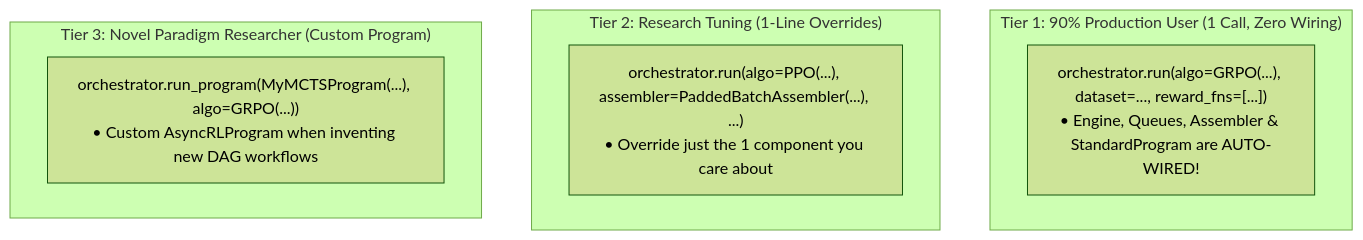
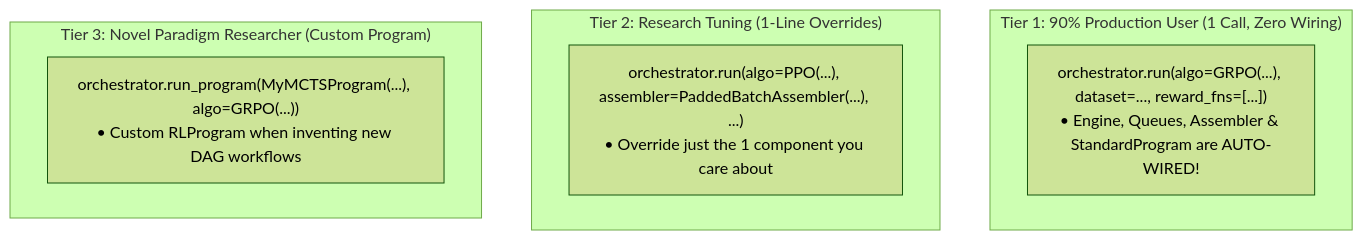
One commit to google/tunix changed the third of 6 diagrams in tunix/experimental/docs/orchestrator_plan_v2.md. Above: the diagram before and after it, drawn with Mermaid (forest theme). The commit also changed other lines of this file and 7 other files, not shown here.

````diff
--- a/tunix/experimental/docs/orchestrator_plan_v2.md
+++ b/tunix/experimental/docs/orchestrator_plan_v2.md
@@ -108,14 +108,14 @@
 ```mermaid
 graph TD
     subgraph T1 ["Tier 1: 90% Production User (1 Call, Zero Wiring)"]
         E1["orchestrator.run(algo=GRPO(...), dataset=..., reward_fns=[...])<br/>• Engine, Queues, Assembler & StandardProgram are AUTO-WIRED!"]
     end
 
     subgraph T2 ["Tier 2: Research Tuning (1-Line Overrides)"]
         E2["orchestrator.run(algo=PPO(...), assembler=PaddedBatchAssembler(...), ...)<br/>• Override just the 1 component you care about"]
     end
 
     subgraph T3 ["Tier 3: Novel Paradigm Researcher (Custom Program)"]
-        E3["orchestrator.run_program(MyMCTSProgram(...), algo=GRPO(...))<br/>• Custom AsyncRLProgram when inventing new DAG workflows"]
+        E3["orchestrator.run_program(MyMCTSProgram(...), algo=GRPO(...))<br/>• Custom RLProgram when inventing new DAG workflows"]
     end
 ```
````
